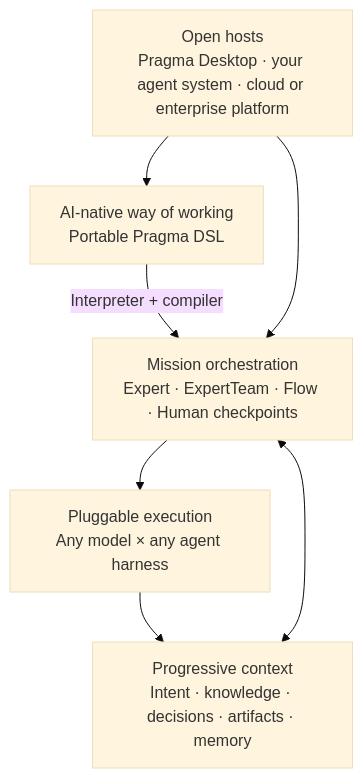
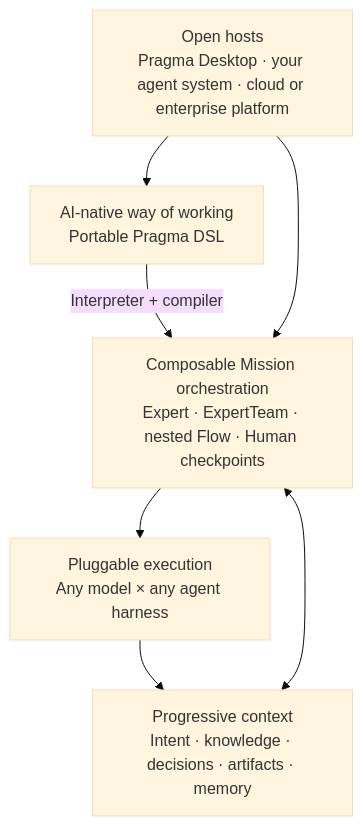
The second of 2 diagrams in README.md (pqpo/pragma), drawn with Mermaid (base theme) before and after one commit. The commit also changed other lines of this file and 1 other file, not shown here.

Commit message:
document composable auditable AI workflows

````diff
--- a/README.md
+++ b/README.md
@@ -99,15 +112,15 @@
 ```mermaid
 flowchart TB
   method["AI-native way of working<br/>Portable Pragma DSL"]
-  orchestration["Mission orchestration<br/>Expert · ExpertTeam · Flow · Human checkpoints"]
+  orchestration["Composable Mission orchestration<br/>Expert · ExpertTeam · nested Flow · Human checkpoints"]
   context["Progressive context<br/>Intent · knowledge · decisions · artifacts · memory"]
   execution["Pluggable execution<br/>Any model × any agent harness"]
   hosts["Open hosts<br/>Pragma Desktop · your agent system · cloud or enterprise platform"]
 
   method -->|Interpreter + compiler| orchestration
   context <--> orchestration
   orchestration --> execution
   execution --> context
   hosts --> method
   hosts --> orchestration
 ```
````
